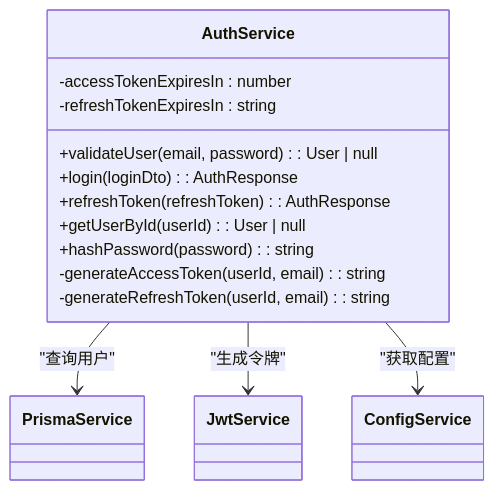
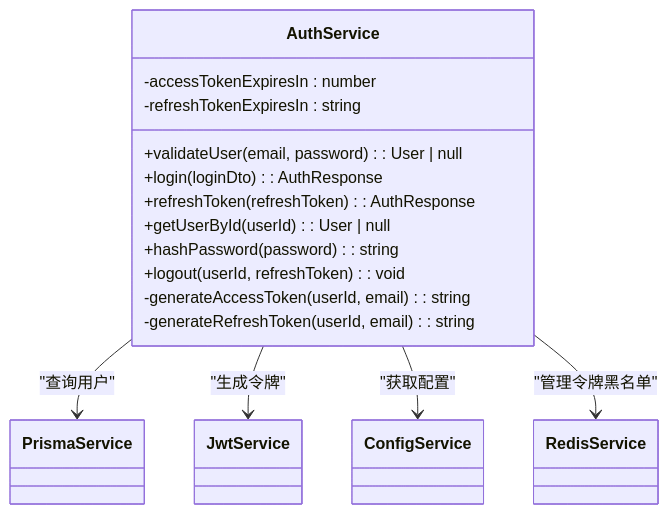
The fourth of 8 diagrams in .qoder/repowiki/zh/content/后端服务/认证模块.md (xixixiaoyu/vue3-nest-template), drawn with Mermaid before and after one commit. The commit also changed other lines of this file and 5 other files, not shown here.

````diff
--- a/.qoder/repowiki/zh/content/后端服务/认证模块.md
+++ b/.qoder/repowiki/zh/content/后端服务/认证模块.md
@@ -140,17 +149,19 @@
 ```mermaid
 classDiagram
 class AuthService {
 -accessTokenExpiresIn : number
 -refreshTokenExpiresIn : string
 +validateUser(email, password) : User | null
 +login(loginDto) : AuthResponse
 +refreshToken(refreshToken) : AuthResponse
 +getUserById(userId) : User | null
 +hashPassword(password) : string
++logout(userId, refreshToken) : void
 -generateAccessToken(userId, email) : string
 -generateRefreshToken(userId, email) : string
 }
 AuthService --> PrismaService : "查询用户"
 AuthService --> JwtService : "生成令牌"
 AuthService --> ConfigService : "获取配置"
+AuthService --> RedisService : "管理令牌黑名单"
 ```
````
